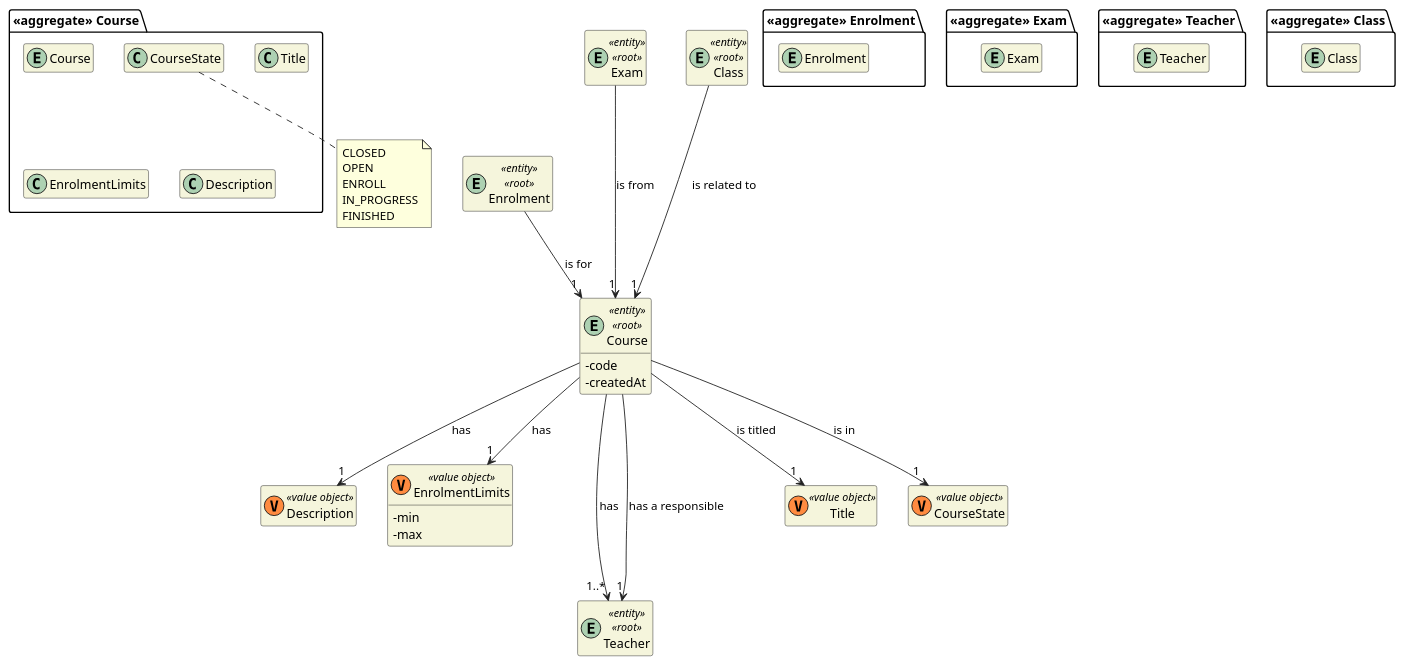
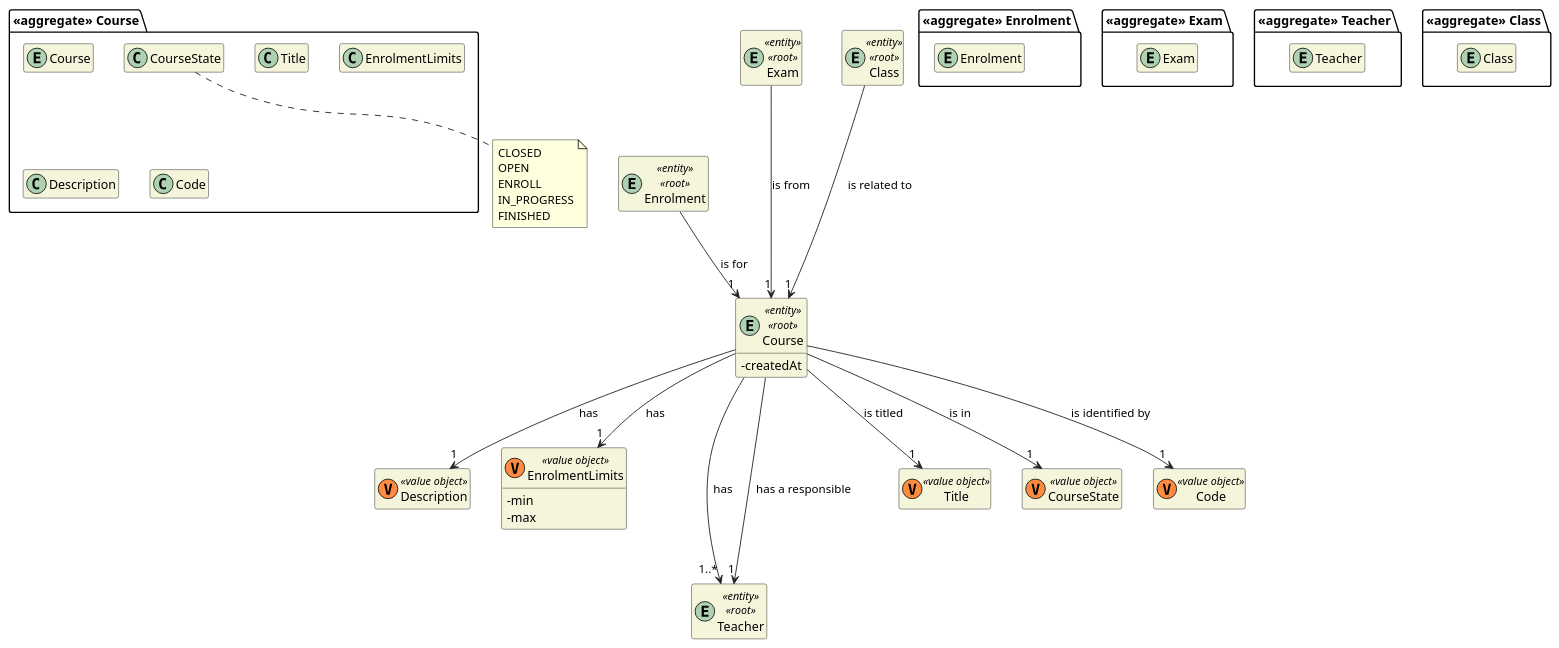
Before and after one commit to miseEnPlace-dev/lapr4: the diagram in docs/dm/DM_Course.puml, drawn with PlantUML. The commit also changed 4 other files, not shown here.

```diff
--- a/docs/dm/DM_Course.puml
+++ b/docs/dm/DM_Course.puml
@@ -1,77 +1,80 @@
 @startuml DM-COURSE
 'https://plantuml.com/class-diagram
 
 skinparam classAttributeIconSize 0
 hide empty attributes
 hide empty methods
 skinparam classBackgroundColor beige
 skinparam ArrowColor #222222
 
 package "<<aggregate>> Course" {
   entity Course
 
   class Title
   class CourseState
 
   class EnrolmentLimits
   class Description
+
+  class Code
 }
 
 class Description <<(V,#FF8B40) value object>> {}
 class EnrolmentLimits <<(V,#FF8B40) value object>> {
   - min
   - max
 }
 
 package "<<aggregate>> Enrolment" {
   entity Enrolment
 }
 
 entity Course <<entity>> <<root>> {
-  - code
   - createdAt
 }
 
 entity Enrolment <<entity>> <<root>> {
 }
 
 package "<<aggregate>> Exam" {
   entity Exam
 }
 
 entity Exam <<entity>> <<root>> {
 }
 
 package "<<aggregate>> Teacher" {
   entity Teacher
 }
 
 entity Teacher <<entity>> <<root>> {
 }
 
 package "<<aggregate>> Class" {
   entity Class
 }
 
 entity Class <<entity>> <<root>> {
 }
 
 note bottom of CourseState : CLOSED\nOPEN\nENROLL\nIN_PROGRESS\nFINISHED
 
 class Title <<(V,#FF8B40) value object>> {}
 class CourseState <<(V,#FF8B40) value object>> {}
+class Code <<(V,#FF8B40) value object>> {}
 
 Course --> "1" Title : is titled
 Course ---> "1..*" Teacher : has
 Course --> "1" Teacher : has a responsible
 Course --> "1" CourseState : is in
 Course --> "1" Description : has
 Course --> "1" EnrolmentLimits : has
+Course --> "1" Code : is identified by
 
 Enrolment --> "1" Course : is for
 
 Exam ---> "1" Course : is from
 
 Class ---> "1" Course : is related to
 
 @enduml
```
